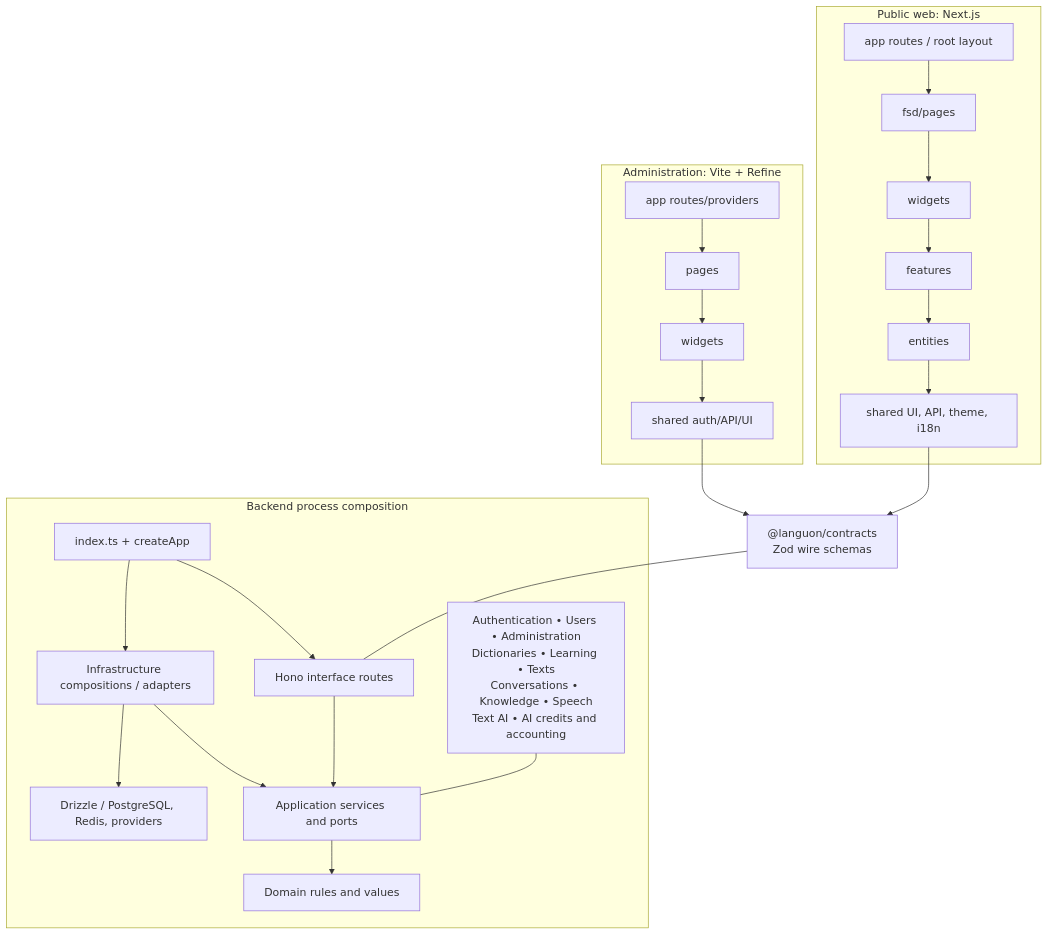
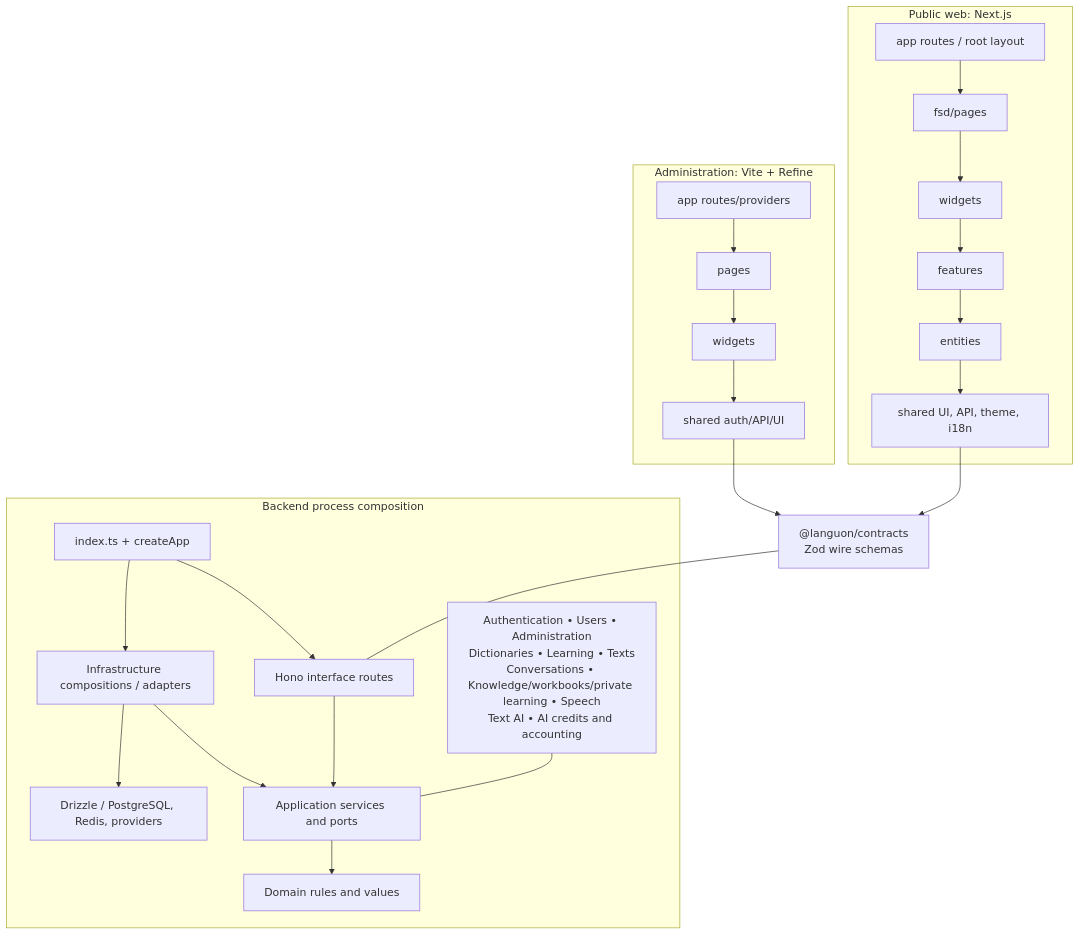
Before and after one commit to nickotov/languon-platform: the diagram in docs/diagrams/module-boundaries.md, drawn with Mermaid. The commit also changed other lines of this file and 2857 other files, not shown here.

Commit message:
Add interactive knowledge workbooks

````diff
--- a/docs/diagrams/module-boundaries.md
+++ b/docs/diagrams/module-boundaries.md
@@ -35,24 +42,24 @@
 ```mermaid
 flowchart TB
     subgraph Web["Public web: Next.js"]
         Routes["app routes / root layout"] --> Pages["fsd/pages"] --> Widgets["widgets"] --> Features["features"] --> Entities["entities"] --> Shared["shared UI, API, theme, i18n"]
     end
     subgraph Admin["Administration: Vite + Refine"]
         AdminApp["app routes/providers"] --> AdminPages["pages"] --> AdminWidgets["widgets"] --> AdminShared["shared auth/API/UI"]
     end
     Shared --> Contracts["@languon/contracts
 Zod wire schemas"]
     AdminShared --> Contracts
     subgraph Backend["Backend process composition"]
         Root["index.ts + createApp"] --> HTTP["Hono interface routes"]
         Root --> Infra["Infrastructure compositions / adapters"]
         HTTP --> App["Application services and ports"] --> Domain["Domain rules and values"]
         Infra --> App
         Infra --> DB["Drizzle / PostgreSQL, Redis, providers"]
         Modules["Authentication • Users • Administration
 Dictionaries • Learning • Texts
-Conversations • Knowledge • Speech
+Conversations • Knowledge/workbooks/private learning • Speech
 Text AI • AI credits and accounting"] --- App
     end
     Contracts --- HTTP
 ```
````
